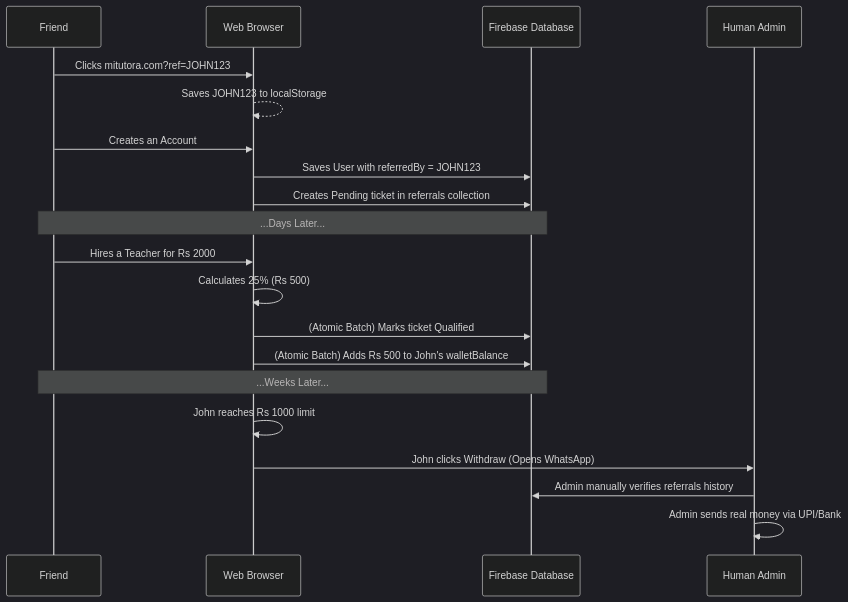
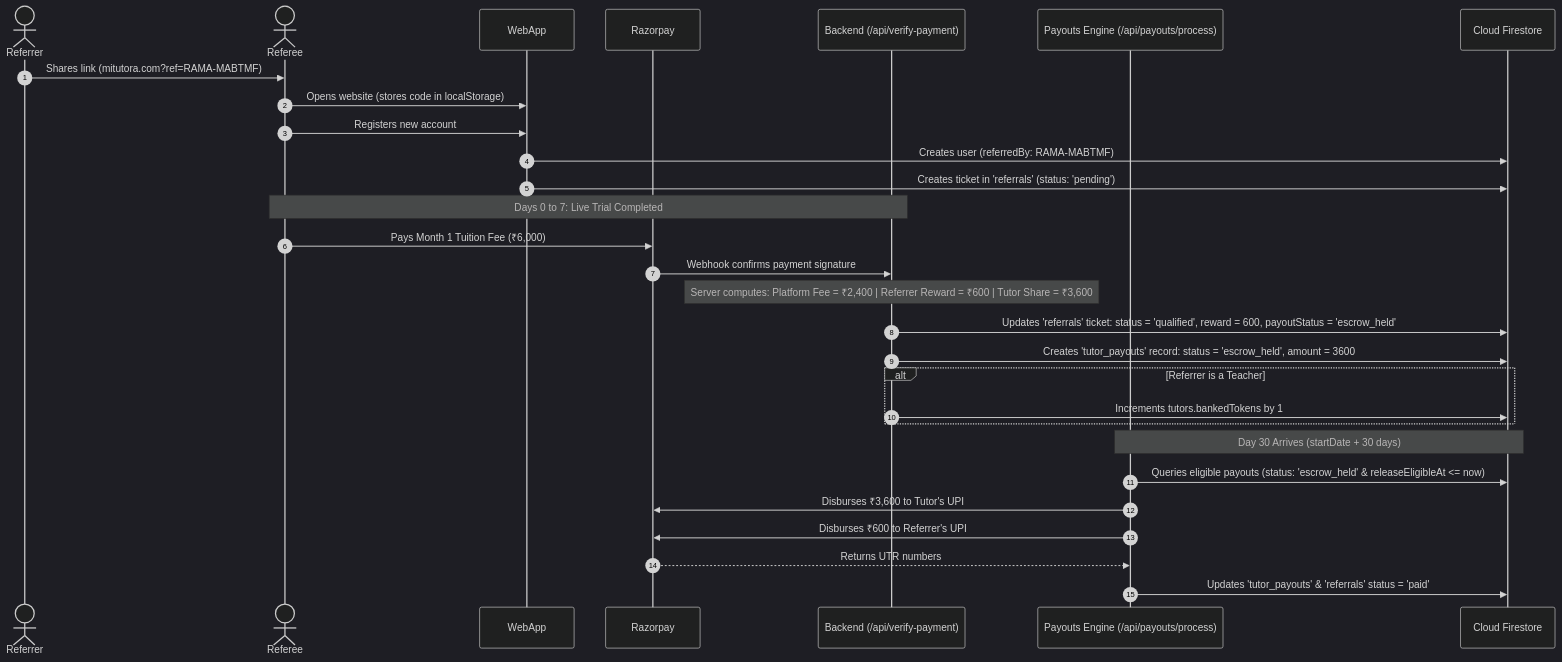
One commit to Nikhil4002-50-82/Mi-Tutora changed the diagram in docs/Referral_System_Architecture.md. Above: the diagram before and after it, drawn with Mermaid (dark theme). The commit also changed other lines of this file and 16 other files, not shown here.

````diff
--- a/docs/Referral_System_Architecture.md
+++ b/docs/Referral_System_Architecture.md
@@ -76,30 +59,36 @@
 ```mermaid
 sequenceDiagram
-    participant Friend as Friend
-    participant Browser as Web Browser
-    participant DB as Firebase Database
-    participant Admin as Human Admin
+    autonumber
+    actor Referrer
+    actor Referee
+    participant WebApp
+    participant Razorpay
+    participant Backend as Backend (/api/verify-payment)
+    participant PayoutEngine as Payouts Engine (/api/payouts/process)
+    participant DB as Cloud Firestore
 
-    %% Flow
-    Friend->>Browser: Clicks mitutora.com?ref=JOHN123
-    Browser-->>Browser: Saves JOHN123 to localStorage
+    Referrer->>Referee: Shares link (mitutora.com?ref=RAMA-MABTMF)
+    Referee->>WebApp: Opens website (stores code in localStorage)
+    Referee->>WebApp: Registers new account
+    WebApp->>DB: Creates user (referredBy: RAMA-MABTMF)
+    WebApp->>DB: Creates ticket in 'referrals' (status: 'pending')
+
+    Note over Referee, Backend: Days 0 to 7: Live Trial Completed
+    Referee->>Razorpay: Pays Month 1 Tuition Fee (₹6,000)
+    Razorpay->>Backend: Webhook confirms payment signature
     
-    Friend->>Browser: Creates an Account
-    Browser->>DB: Saves User with referredBy = JOHN123
-    Browser->>DB: Creates Pending ticket in referrals collection
+    Note over Backend: Server computes: Platform Fee = ₹2,400 | Referrer Reward = ₹600 | Tutor Share = ₹3,600
+    Backend->>DB: Updates 'referrals' ticket: status = 'qualified', reward = 600, payoutStatus = 'escrow_held'
+    Backend->>DB: Creates 'tutor_payouts' record: status = 'escrow_held', amount = 3600
     
-    Note over Friend,DB: ...Days Later...
-    
-    Friend->>Browser: Hires a Teacher for Rs 2000
-    Browser->>Browser: Calculates 25% (Rs 500)
-    
-    Browser->>DB: (Atomic Batch) Marks ticket Qualified
-    Browser->>DB: (Atomic Batch) Adds Rs 500 to John's walletBalance
-    
-    Note over Friend,DB: ...Weeks Later...
-    
-    Browser->>Browser: John reaches Rs 1000 limit
-    Browser->>Admin: John clicks Withdraw (Opens WhatsApp)
-    Admin->>DB: Admin manually verifies referrals history
-    Admin->>Admin: Admin sends real money via UPI/Bank
+    alt Referrer is a Teacher
+        Backend->>DB: Increments tutors.bankedTokens by 1
+    end
+
+    Note over PayoutEngine, DB: Day 30 Arrives (startDate + 30 days)
+    PayoutEngine->>DB: Queries eligible payouts (status: 'escrow_held' & releaseEligibleAt <= now)
+    PayoutEngine->>Razorpay: Disburses ₹3,600 to Tutor's UPI
+    PayoutEngine->>Razorpay: Disburses ₹600 to Referrer's UPI
+    Razorpay-->>PayoutEngine: Returns UTR numbers
+    PayoutEngine->>DB: Updates 'tutor_payouts' & 'referrals' status = 'paid'
 ```
````
